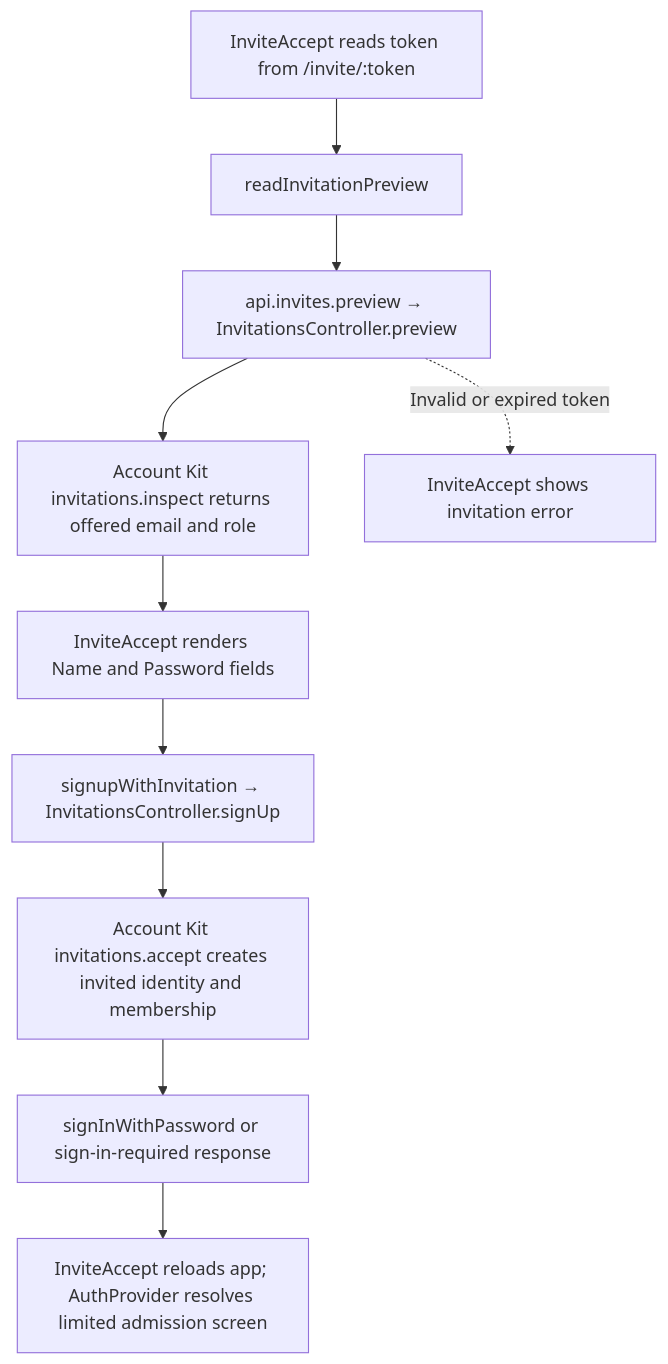
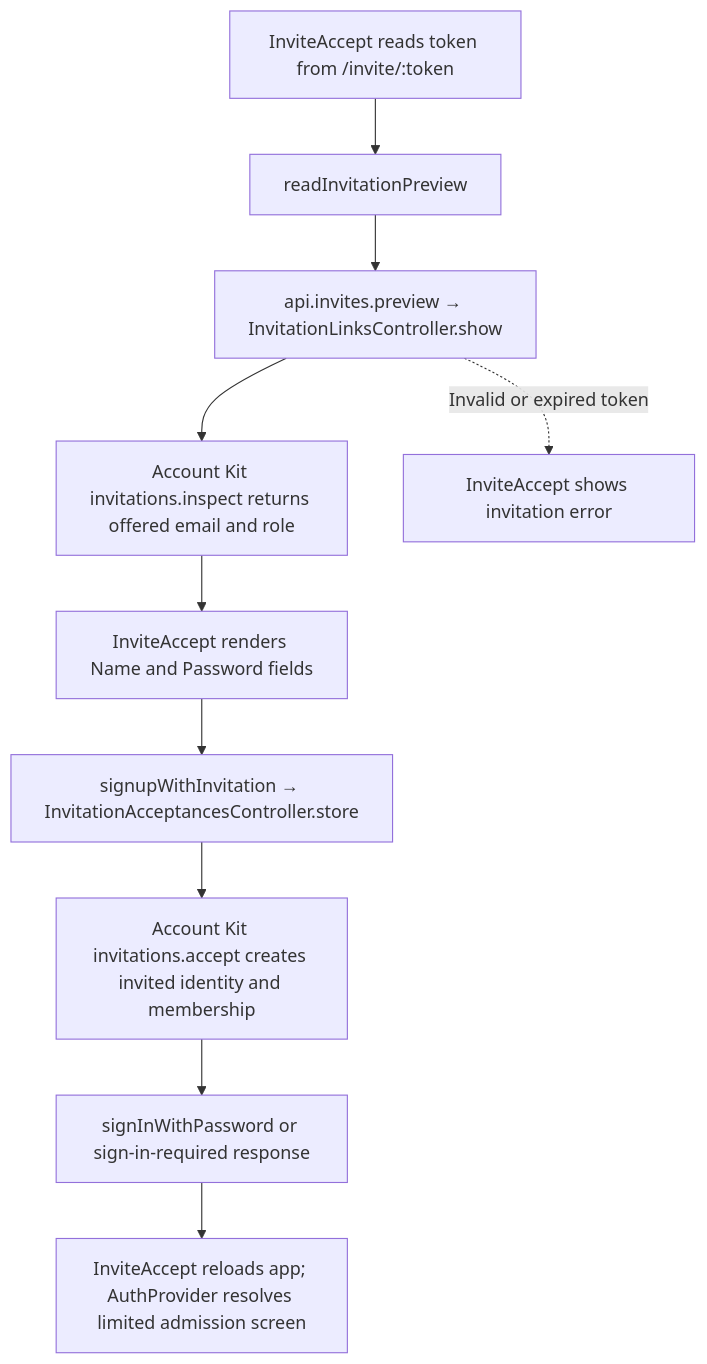
One commit to Kevinjohn/capacitylens changed the second of 2 diagrams in user-stories/team/US-TEAM-04-accept-invitation.md. Above: the diagram before and after it, drawn with Mermaid. The commit also changed other lines of this file and 139 other files, not shown here.

````diff
--- a/user-stories/team/US-TEAM-04-accept-invitation.md
+++ b/user-stories/team/US-TEAM-04-accept-invitation.md
@@ -32,12 +32,12 @@
 ```mermaid
 flowchart TD
     Invite["InviteAccept reads token from /invite/:token"] --> Preview["readInvitationPreview"]
-    Preview --> PreviewRoute["api.invites.preview → InvitationsController.preview"]
+    Preview --> PreviewRoute["api.invites.preview → InvitationLinksController.show"]
     PreviewRoute --> KitInspect["Account Kit invitations.inspect returns offered email and role"]
     KitInspect --> Form["InviteAccept renders Name and Password fields"]
-    Form --> Submit["signupWithInvitation → InvitationsController.signUp"]
+    Form --> Submit["signupWithInvitation → InvitationAcceptancesController.store"]
     Submit --> Accept["Account Kit invitations.accept creates invited identity and membership"]
     Accept --> SignIn["signInWithPassword or sign-in-required response"]
     SignIn --> Reload["InviteAccept reloads app; AuthProvider resolves limited admission screen"]
     PreviewRoute -. "Invalid or expired token" .-> Error["InviteAccept shows invitation error"]
 ```
````
